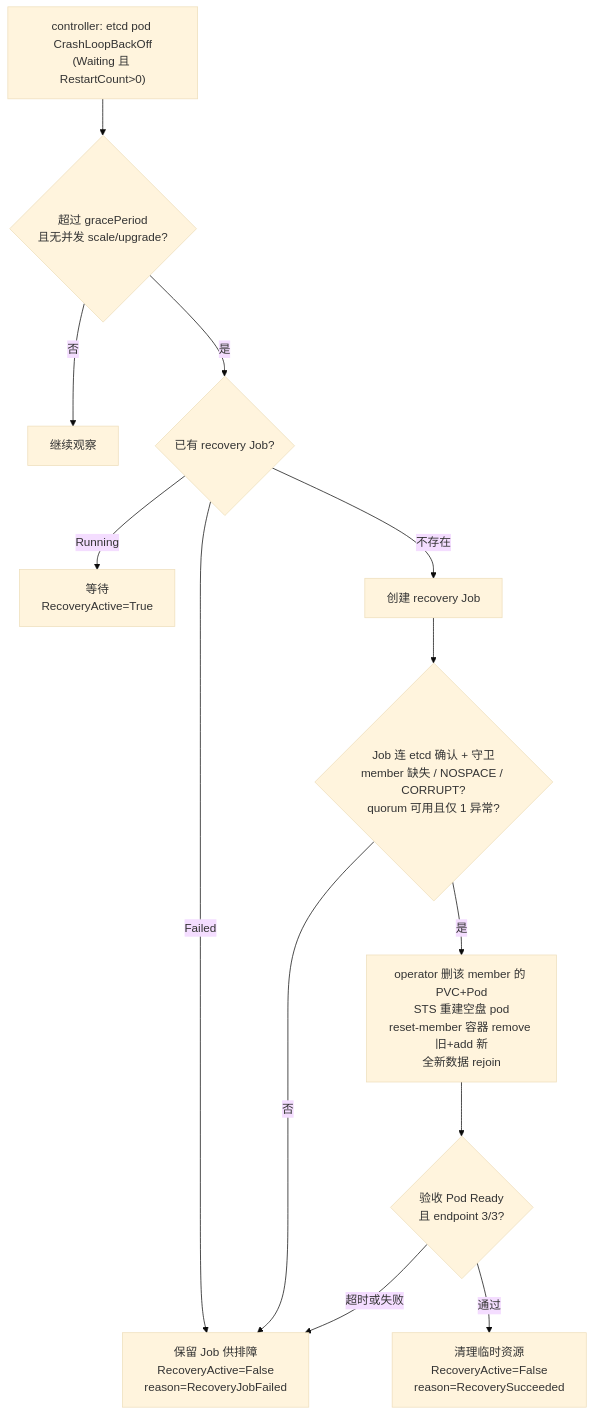
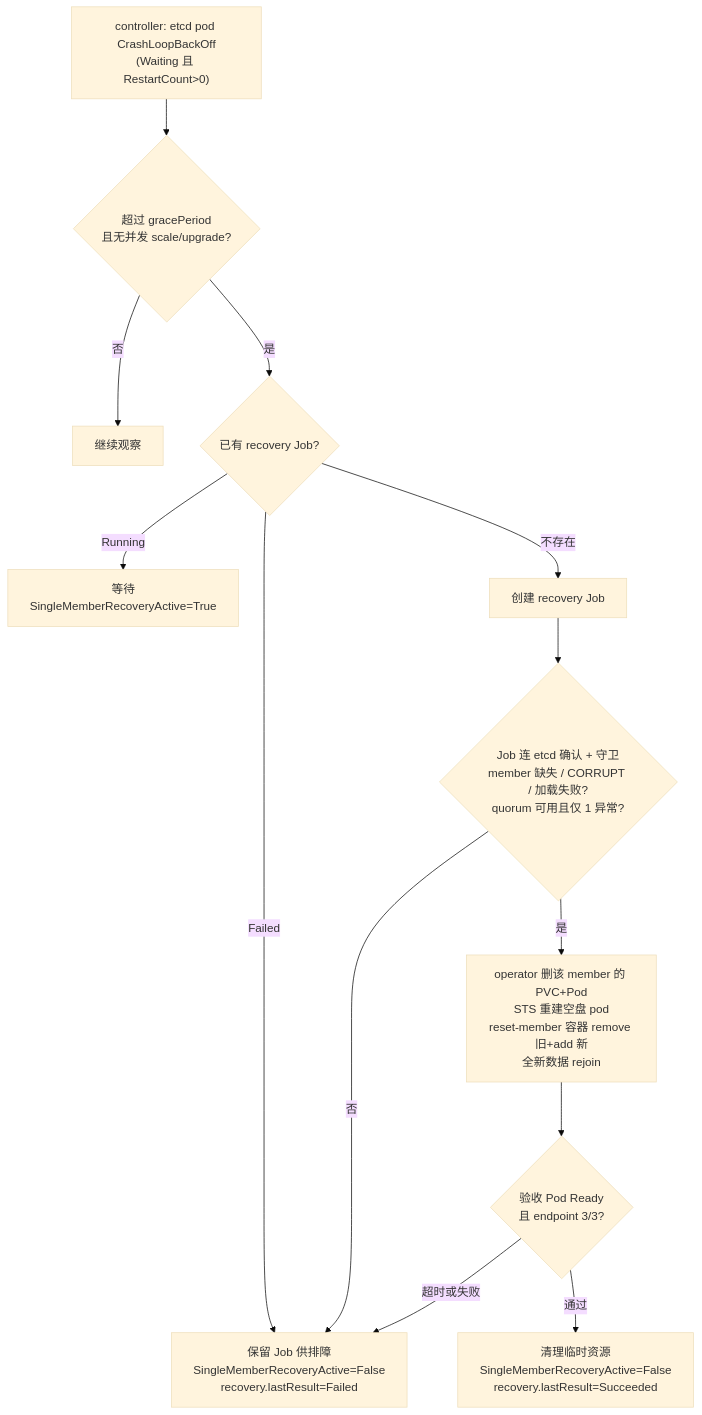
Before and after one commit to alauda/etcd-operator: the third of 3 diagrams in docs/design/hcp-etcd-design.md, drawn with Mermaid (base theme). The commit also changed other lines of this file, not shown here.

First line of the commit message:
docs(v2): rework §2 Goal/Non-Goal, reframe §12 as disaster recovery, tidy §8/§10

````diff
--- a/docs/design/hcp-etcd-design.md
+++ b/docs/design/hcp-etcd-design.md
@@ -561,15 +566,15 @@
 ```mermaid
 flowchart TD
   A["controller: etcd pod CrashLoopBackOff<br/>(Waiting 且 RestartCount>0)"] --> C{"超过 gracePeriod<br/>且无并发 scale/upgrade?"}
   C -->|否| W[继续观察]
   C -->|是| D{已有 recovery Job?}
-  D -->|Running| E[等待<br/>RecoveryActive=True]
-  D -->|Failed| F[保留 Job 供排障<br/>RecoveryActive=False<br/>reason=RecoveryJobFailed]
+  D -->|Running| E[等待<br/>SingleMemberRecoveryActive=True]
+  D -->|Failed| F[保留 Job 供排障<br/>SingleMemberRecoveryActive=False<br/>recovery.lastResult=Failed]
   D -->|不存在| G[创建 recovery Job]
-  G --> Q{"Job 连 etcd 确认 + 守卫<br/>member 缺失 / NOSPACE / CORRUPT?<br/>quorum 可用且仅 1 异常?"}
+  G --> Q{"Job 连 etcd 确认 + 守卫<br/>member 缺失 / CORRUPT / 加载失败?<br/>quorum 可用且仅 1 异常?"}
   Q -->|否| F
   Q -->|是| H["operator 删该 member 的 PVC+Pod<br/>STS 重建空盘 pod<br/>reset-member 容器 remove 旧+add 新<br/>全新数据 rejoin"]
   H --> I{"验收 Pod Ready<br/>且 endpoint 3/3?"}
-  I -->|通过| J[清理临时资源<br/>RecoveryActive=False<br/>reason=RecoverySucceeded]
+  I -->|通过| J[清理临时资源<br/>SingleMemberRecoveryActive=False<br/>recovery.lastResult=Succeeded]
   I -->|超时或失败| F
 ```
````
